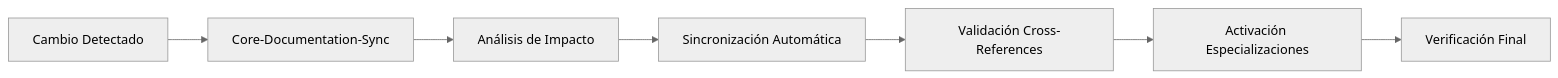
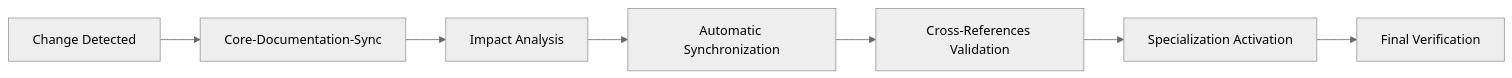
One commit to neestoralvz/claude-context-engineering changed the third of 3 diagrams in docs/commands/cores/documentation-sync.md. Above: the diagram before and after it, drawn with Mermaid (neutral theme). The commit also changed other lines of this file and 387 other files, not shown here.

First line of the commit message:
✅ UPDATE: Cross-References to New Principle Categories

````diff
--- a/docs/commands/cores/documentation-sync.md
+++ b/docs/commands/cores/documentation-sync.md
@@ -90,9 +196,9 @@
 ```mermaid
 graph LR
-    A[Cambio Detectado] --> B[Core-Documentation-Sync]
-    B --> C[Análisis de Impacto]
-    C --> D[Sincronización Automática]
-    D --> E[Validación Cross-References]
-    E --> F[Activación Especializaciones]
-    F --> G[Verificación Final]
+    A[Change Detected] --> B[Core-Documentation-Sync]
+    B --> C[Impact Analysis]
+    C --> D[Automatic Synchronization]
+    D --> E[Cross-References Validation]
+    E --> F[Specialization Activation]
+    F --> G[Final Verification]
 ```
````
